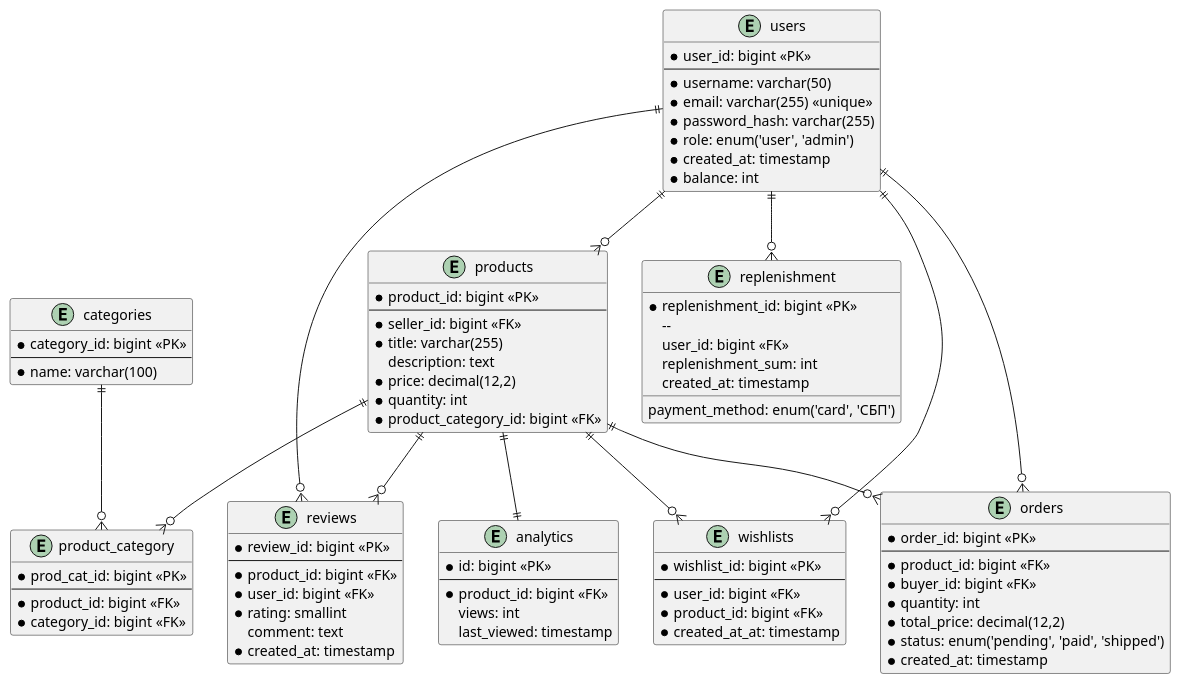
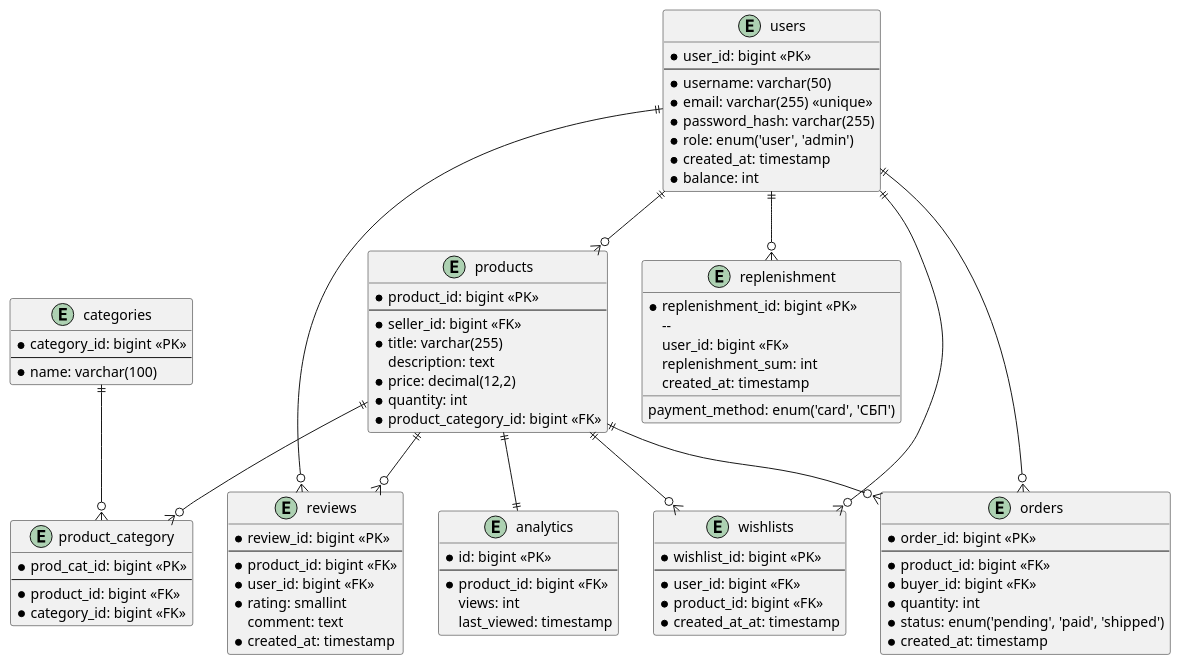
The diagram in docs/Scheme.plantuml (SempaiTakoo/pon-shop), drawn with PlantUML before and after one commit.

Commit message:
Update Scheme.plantuml
Delete total_price

```diff
--- a/docs/Scheme.plantuml
+++ b/docs/Scheme.plantuml
@@ -1,98 +1,97 @@
 @startuml ecommerce_db_fixed
 
 entity users {
   * user_id: bigint <<PK>>
   --
   * username: varchar(50)
   * email: varchar(255) <<unique>>
   * password_hash: varchar(255)
   * role: enum('user', 'admin')
   * created_at: timestamp
   * balance: int
 }
 
 entity wishlists {
   * wishlist_id: bigint <<PK>>
   --
   * user_id: bigint <<FK>>
   * product_id: bigint <<FK>>
   * created_at_at: timestamp
 }
 
 entity replenishment {
   * replenishment_id: bigint <<PK>>
   -- 
   user_id: bigint <<FK>>
   replenishment_sum: int
   payment_method: enum('card', 'СБП')
   created_at: timestamp
 }
 
 
 entity products {
   * product_id: bigint <<PK>>
   --
   * seller_id: bigint <<FK>>
   * title: varchar(255)
   description: text
   * price: decimal(12,2)
   * quantity: int
   * product_category_id: bigint <<FK>>
 }
 
 entity product_category {
   * prod_cat_id: bigint <<PK>>
   --
   * product_id: bigint <<FK>>
   * category_id: bigint <<FK>>
 }
 
 entity categories {
   * category_id: bigint <<PK>>
   --
   * name: varchar(100)
 }
 
 entity orders {
   * order_id: bigint <<PK>>
   --
   * product_id: bigint <<FK>>
   * buyer_id: bigint <<FK>>
   * quantity: int
-  * total_price: decimal(12,2)
   * status: enum('pending', 'paid', 'shipped')
   * created_at: timestamp
 }
 
 entity reviews {
   * review_id: bigint <<PK>>
   --
   * product_id: bigint <<FK>>
   * user_id: bigint <<FK>>
   * rating: smallint
   comment: text
   * created_at: timestamp
 }
 
 entity analytics {
   * id: bigint <<PK>>
   --
   * product_id: bigint <<FK>>
   views: int
   last_viewed: timestamp
 }
 
 ' Связи
 users ||--o{ orders 
 users ||--o{ products
 products ||--o{ orders
 products ||--o{ reviews
 products ||--|| analytics
 users ||--o{ reviews
 users ||--o{ wishlists
 products ||--o{ wishlists
 users ||--o{ replenishment
 products ||--o{ product_category
 categories ||--o{ product_category
 
 @enduml
```
